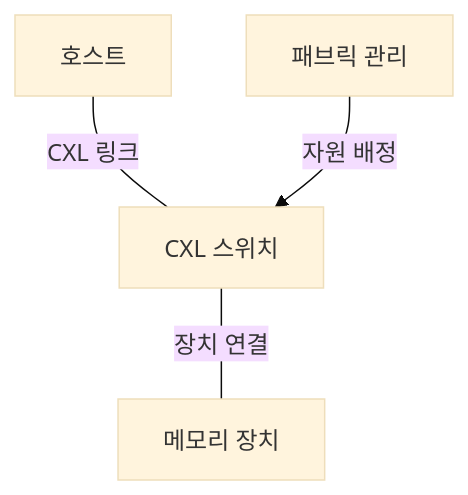
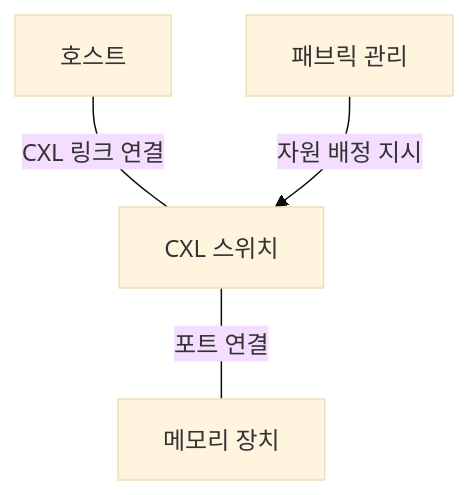
Before and after one commit to agnusdei1207/study: the second of 3 diagrams in src/content/docs/notes/itpe/04-computer-system/026_cxl_4_0_memory_pooling.md, drawn with Mermaid (base theme). The commit also changed other lines of this file and 4 other files, not shown here.

````diff
--- a/src/content/docs/notes/itpe/04-computer-system/026_cxl_4_0_memory_pooling.md
+++ b/src/content/docs/notes/itpe/04-computer-system/026_cxl_4_0_memory_pooling.md
@@ -88,6 +97,6 @@
 ```mermaid
 flowchart TD
-    H["호스트"] ---|"CXL 링크"| S["CXL 스위치"]
-    S ---|"장치 연결"| M["메모리 장치"]
-    F["패브릭 관리"] -->|"자원 배정"| S
+    H["호스트"] ---|"CXL 링크 연결"| S["CXL 스위치"]
+    S ---|"포트 연결"| M["메모리 장치"]
+    F["패브릭 관리"] -->|"자원 배정 지시"| S
 ```
````
